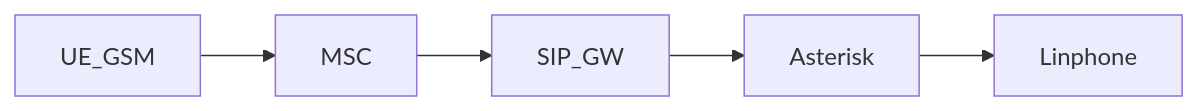
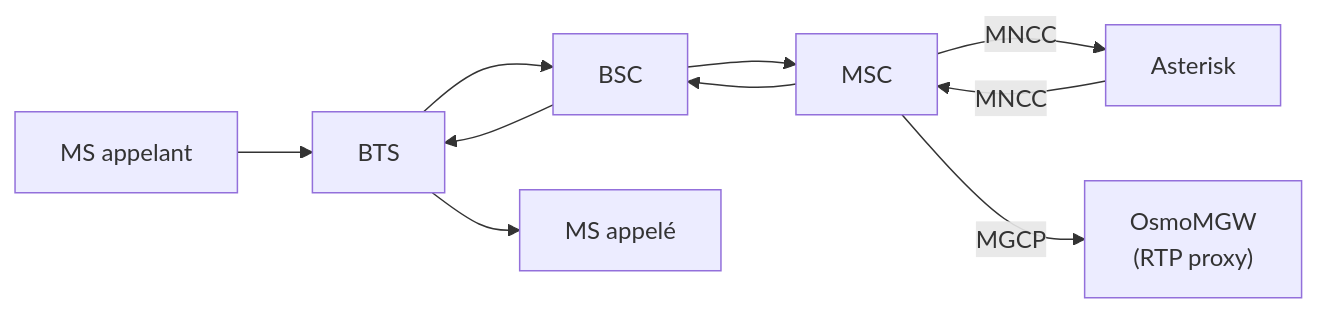
The eighth of 9 diagrams in README.md (bbaranoff/osmo_egprs), drawn with Mermaid before and after one commit. The commit also changed other lines of this file, not shown here.

````diff
--- a/README.md
+++ b/README.md
@@ -353,7 +391,8 @@
 ```mermaid
 flowchart LR
-    UE_GSM --> MSC
-    MSC --> SIP_GW
-    SIP_GW --> Asterisk
-    Asterisk --> Linphone
+    MS_A["MS appelant"] --> BTS --> BSC --> MSC
+    MSC -->|MNCC| Asterisk
+    Asterisk -->|MNCC| MSC
+    MSC --> BSC --> BTS --> MS_B["MS appelé"]
+    MSC -->|MGCP| MGW["OsmoMGW<br>(RTP proxy)"]
 ```
````
